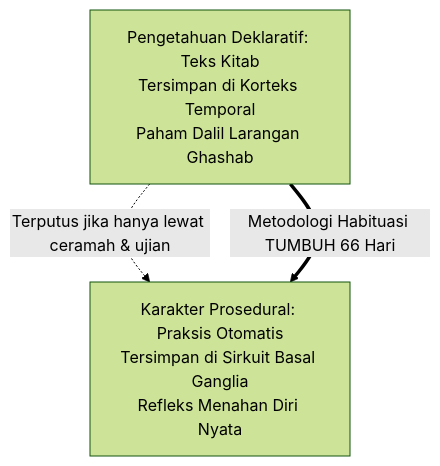
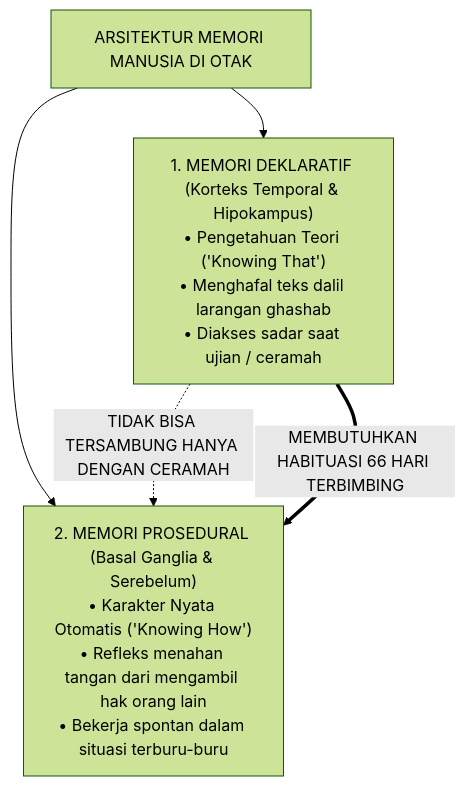
The second of 4 diagrams in BOOK-SERIES/Volume-01/Bab-01-Krisis-Karakter-dan-Urgensi-Rekonstruksi/01-Anomali-Pendidikan-Karakter-Tradisional.md (wandiapriliyandi/tumbuh), drawn with Mermaid (forest theme) before and after one commit. The commit also changed other lines of this file, not shown here.

````diff
--- a/BOOK-SERIES/Volume-01/Bab-01-Krisis-Karakter-dan-Urgensi-Rekonstruksi/01-Anomali-Pendidikan-Karakter-Tradisional.md
+++ b/BOOK-SERIES/Volume-01/Bab-01-Krisis-Karakter-dan-Urgensi-Rekonstruksi/01-Anomali-Pendidikan-Karakter-Tradisional.md
@@ -57,8 +51,11 @@
 ```mermaid
 graph TD
-    Deklaratif["Pengetahuan Deklaratif: Teks Kitab<br/>Tersimpan di Korteks Temporal<br/>Paham Dalil Larangan Ghashab"]
-    Prosedural["Karakter Prosedural: Praksis Otomatis<br/>Tersimpan di Sirkuit Basal Ganglia<br/>Refleks Menahan Diri Nyata"]
-
-    Deklaratif -.->|"Terputus jika hanya lewat ceramah & ujian"| Prosedural
-    Deklaratif ==>|"Metodologi Habituasi TUMBUH 66 Hari"| Prosedural
+    Otak["ARSITEKTUR MEMORI MANUSIA DI OTAK"]
+    
+    Otak --> Deklaratif["1. MEMORI DEKLARATIF (Korteks Temporal & Hipokampus)<br/>• Pengetahuan Teori ('Knowing That')<br/>• Menghafal teks dalil larangan ghashab<br/>• Diakses sadar saat ujian / ceramah"]
+    
+    Otak --> Prosedural["2. MEMORI PROSEDURAL (Basal Ganglia & Serebelum)<br/>• Karakter Nyata Otomatis ('Knowing How')<br/>• Refleks menahan tangan dari mengambil hak orang lain<br/>• Bekerja spontan dalam situasi terburu-buru"]
+    
+    Deklaratif -.->|"TIDAK BISA TERSAMBUNG HANYA DENGAN CERAMAH"| Prosedural
+    Deklaratif ==>|"MEMBUTUHKAN HABITUASI 66 HARI TERBIMBING"| Prosedural
 ```
````
